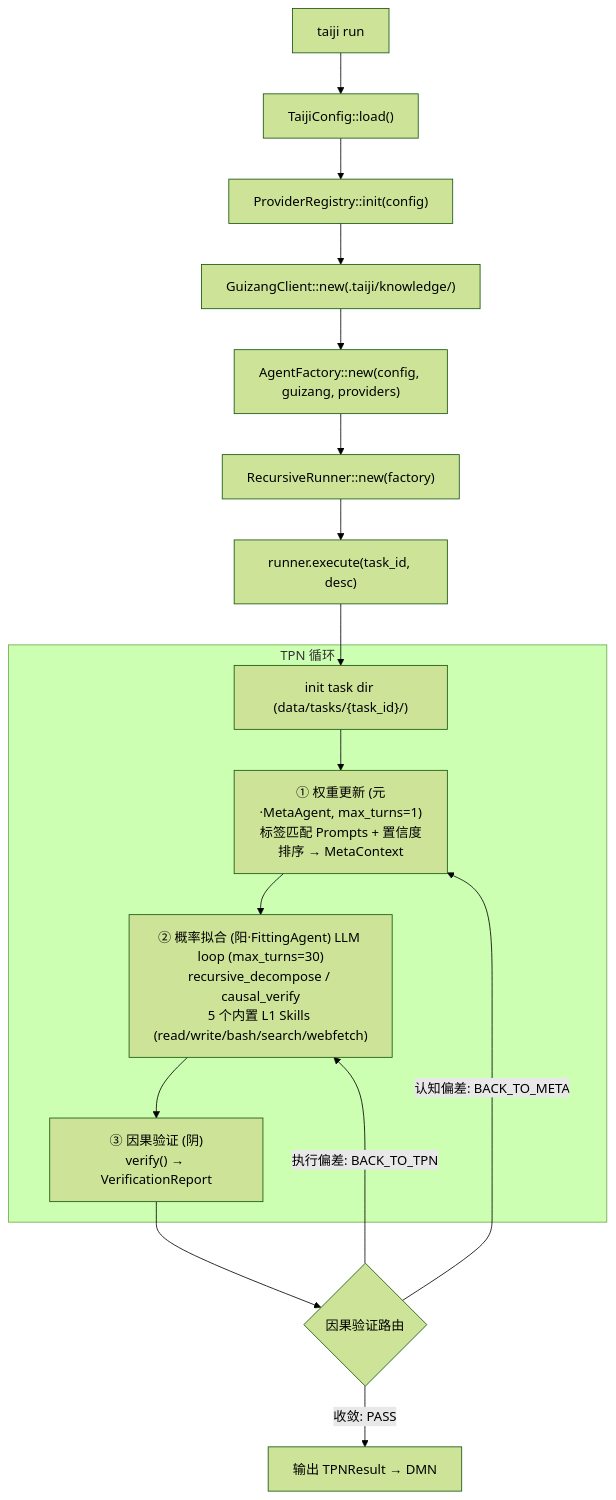
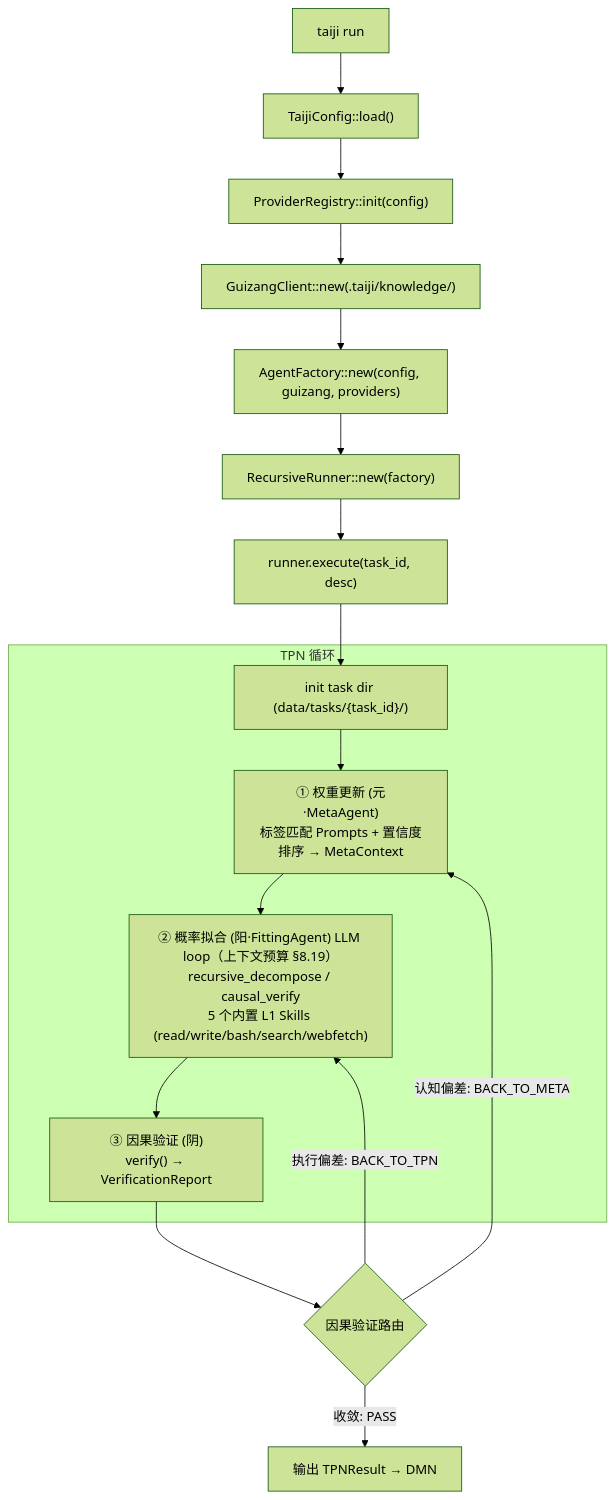
The first of 6 diagrams in BCP-蓝图-完型协议.md (wenge6090-tech/taiji), drawn with Mermaid (forest theme) before and after one commit. The commit also changed other lines of this file and 25 other files, not shown here.

````diff
--- a/BCP-蓝图-完型协议.md
+++ b/BCP-蓝图-完型协议.md
@@ -181,21 +179,21 @@
 ```mermaid
 flowchart TD
     USER["taiji run <description>"] --> CONFIG["TaijiConfig::load()"]
     CONFIG --> PVR["ProviderRegistry::init(config)"]
     PVR --> GUIZANG["GuizangClient::new(.taiji/knowledge/)"]
     GUIZANG --> FACTORY["AgentFactory::new(config, guizang, providers)"]
     FACTORY --> RUNNER["RecursiveRunner::new(factory)"]
     RUNNER --> EXECUTE["runner.execute(task_id, desc)"]
     EXECUTE --> INIT["init task dir (data/tasks/{task_id}/)"]
 
     subgraph "TPN 循环"
-        INIT --> META["① 权重更新 (元·MetaAgent, max_turns=1)\n标签匹配 Prompts + 置信度排序 → MetaContext"]
-        META -->         FIT["② 概率拟合 (阳·FittingAgent) LLM loop (max_turns=30)\nrecursive_decompose / causal_verify\n5 个内置 L1 Skills (read/write/bash/search/webfetch)"]
+        INIT --> META["① 权重更新 (元·MetaAgent)\n标签匹配 Prompts + 置信度排序 → MetaContext"]
+        META -->         FIT["② 概率拟合 (阳·FittingAgent) LLM loop（上下文预算 §8.19）\nrecursive_decompose / causal_verify\n5 个内置 L1 Skills (read/write/bash/search/webfetch)"]
         FIT --> VERIFY["③ 因果验证 (阴)\nverify() → VerificationReport"]
     end
 
     VERIFY --> ROUTE{"因果验证路由"}
     ROUTE -->|"执行偏差: BACK_TO_TPN"| FIT
     ROUTE -->|"认知偏差: BACK_TO_META"| META
     ROUTE -->|"收敛: PASS"| DONE["输出 TPNResult → DMN"]
 ```
````
